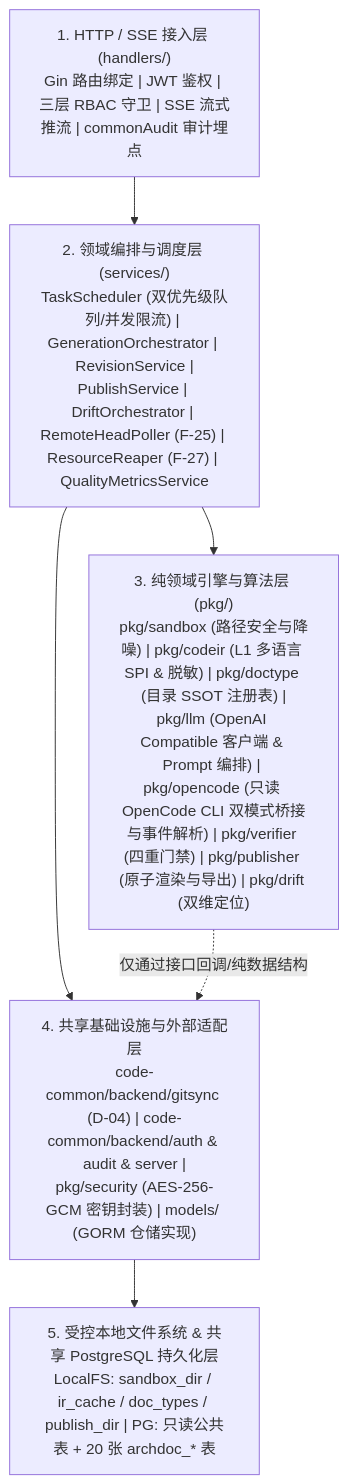
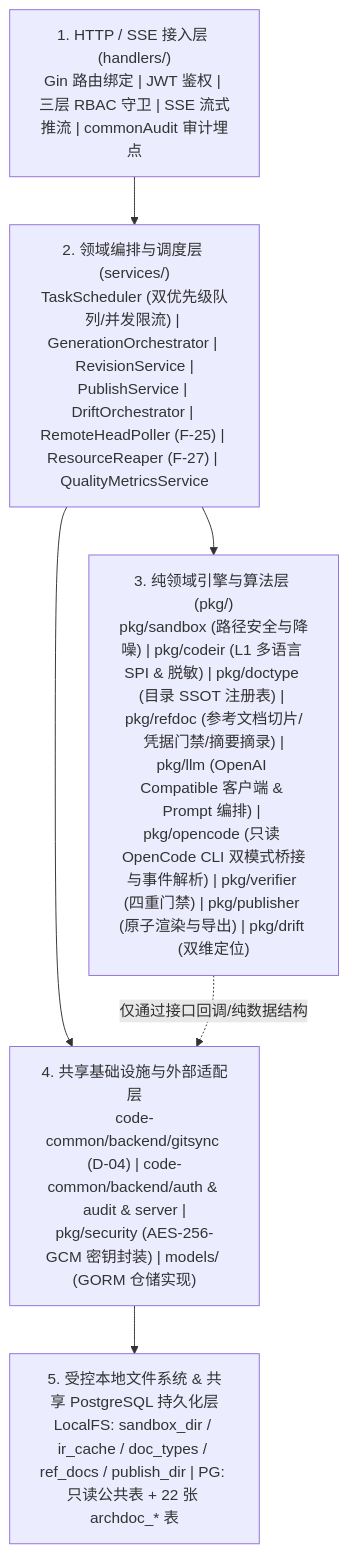
One commit to fugui/code-archdoc changed the second of 5 diagrams in docs/02-design/01-system-architecture.md. Above: the diagram before and after it, drawn with Mermaid. The commit also changed other lines of this file and 10 other files, not shown here.

````diff
--- a/docs/02-design/01-system-architecture.md
+++ b/docs/02-design/01-system-architecture.md
@@ -94,14 +96,14 @@
 ```mermaid
 flowchart TB
     L1["1. HTTP / SSE 接入层 (handlers/)<br/>Gin 路由绑定 | JWT 鉴权 | 三层 RBAC 守卫 | SSE 流式推流 | commonAudit 审计埋点"]
     L2["2. 领域编排与调度层 (services/)<br/>TaskScheduler (双优先级队列/并发限流) | GenerationOrchestrator | RevisionService |<br/>PublishService | DriftOrchestrator | RemoteHeadPoller (F-25) | ResourceReaper (F-27) | QualityMetricsService"]
-    L3["3. 纯领域引擎与算法层 (pkg/)<br/>pkg/sandbox (路径安全与降噪) | pkg/codeir (L1 多语言 SPI & 脱敏) | pkg/doctype (目录 SSOT 注册表) |<br/>pkg/llm (OpenAI Compatible 客户端 & Prompt 编排) | pkg/opencode (只读 OpenCode CLI 双模式桥接与事件解析) | pkg/verifier (四重门禁) | pkg/publisher (原子渲染与导出) | pkg/drift (双维定位)"]
+    L3["3. 纯领域引擎与算法层 (pkg/)<br/>pkg/sandbox (路径安全与降噪) | pkg/codeir (L1 多语言 SPI & 脱敏) | pkg/doctype (目录 SSOT 注册表) | pkg/refdoc (参考文档切片/凭据门禁/摘要摘录) |<br/>pkg/llm (OpenAI Compatible 客户端 & Prompt 编排) | pkg/opencode (只读 OpenCode CLI 双模式桥接与事件解析) | pkg/verifier (四重门禁) | pkg/publisher (原子渲染与导出) | pkg/drift (双维定位)"]
     L4["4. 共享基础设施与外部适配层<br/>code-common/backend/gitsync (D-04) | code-common/backend/auth & audit & server |<br/>pkg/security (AES-256-GCM 密钥封装) | models/ (GORM 仓储实现)"]
-    L5["5. 受控本地文件系统 & 共享 PostgreSQL 持久化层<br/>LocalFS: sandbox_dir / ir_cache / doc_types / publish_dir | PG: 只读公共表 + 20 张 archdoc_* 表"]
+    L5["5. 受控本地文件系统 & 共享 PostgreSQL 持久化层<br/>LocalFS: sandbox_dir / ir_cache / doc_types / ref_docs / publish_dir | PG: 只读公共表 + 22 张 archdoc_* 表"]
 
     L1 --> L2
     L2 --> L3
     L2 --> L4
     L3 -.->|"仅通过接口回调/纯数据结构"| L4
     L4 --> L5
 ```
````
